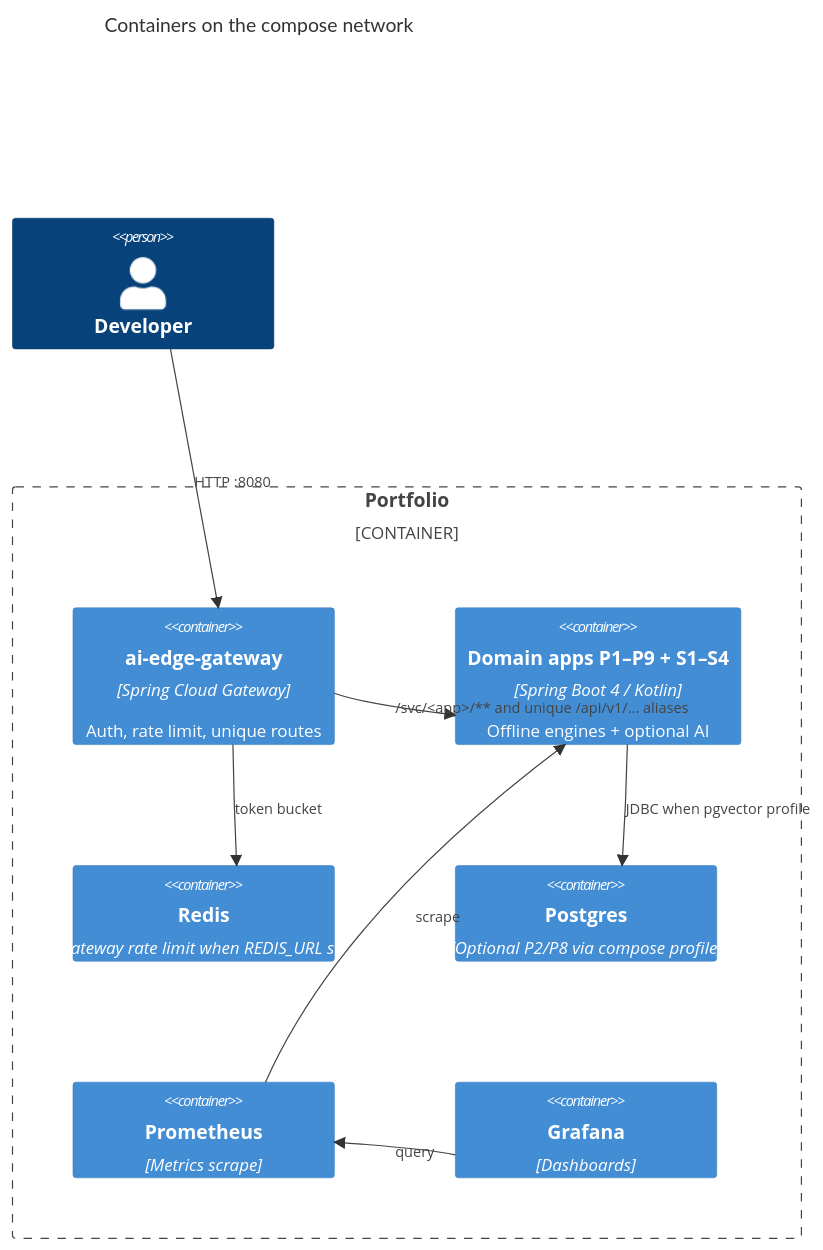
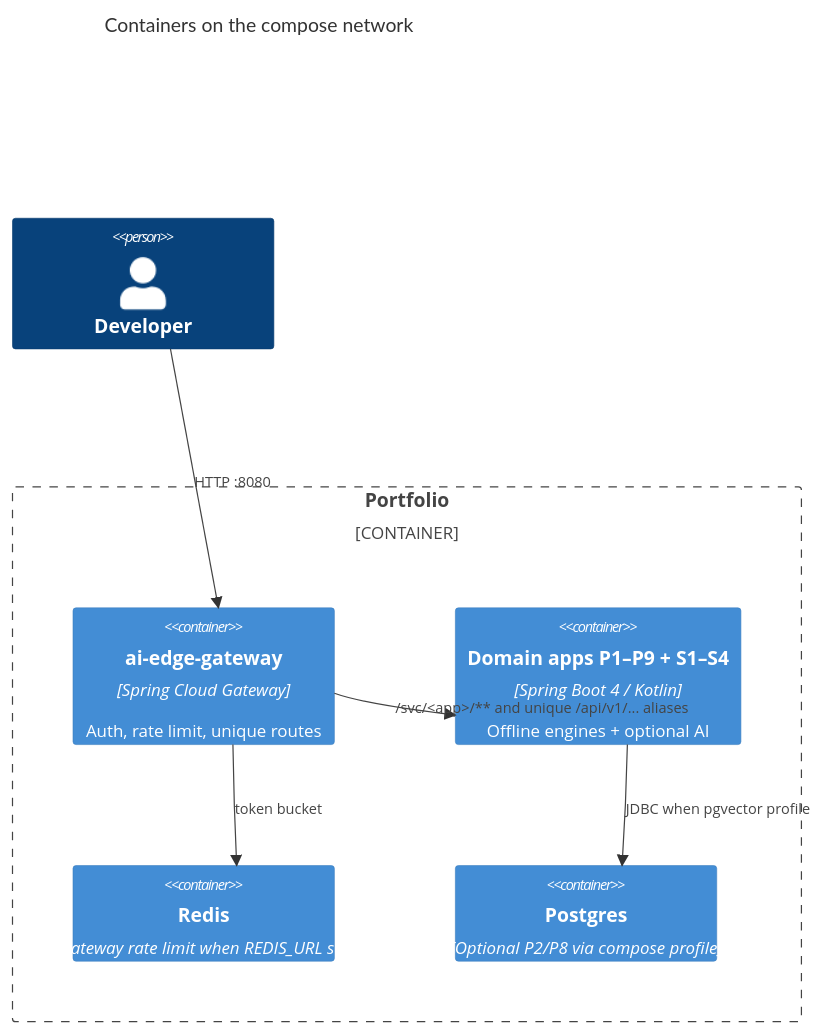
One commit to mlvpatel/spring-agentic-ai-portfolio changed the second of 2 diagrams in README.md. Above: the diagram before and after it, drawn with Mermaid. The commit also changed other lines of this file and 4 other files, not shown here.

````diff
--- a/README.md
+++ b/README.md
@@ -26,19 +26,15 @@
 ```mermaid
 C4Container
   title Containers on the compose network
   Person(dev, "Developer")
   Container_Boundary(b, "Portfolio") {
     Container(gw, "ai-edge-gateway", "Spring Cloud Gateway", "Auth, rate limit, unique routes")
     Container(apps, "Domain apps P1–P9 + S1–S4", "Spring Boot 4 / Kotlin", "Offline engines + optional AI")
     Container(redis, "Redis", "Gateway rate limit when REDIS_URL set")
     Container(pg, "Postgres", "Optional P2/P8 via compose profile")
-    Container(prom, "Prometheus", "Metrics scrape")
-    Container(graf, "Grafana", "Dashboards")
   }
   Rel(dev, gw, "HTTP :8080")
   Rel(gw, apps, "/svc/<app>/** and unique /api/v1/... aliases")
   Rel(gw, redis, "token bucket")
   Rel(apps, pg, "JDBC when pgvector profile")
-  Rel(prom, apps, "scrape")
-  Rel(graf, prom, "query")
 ```
````
